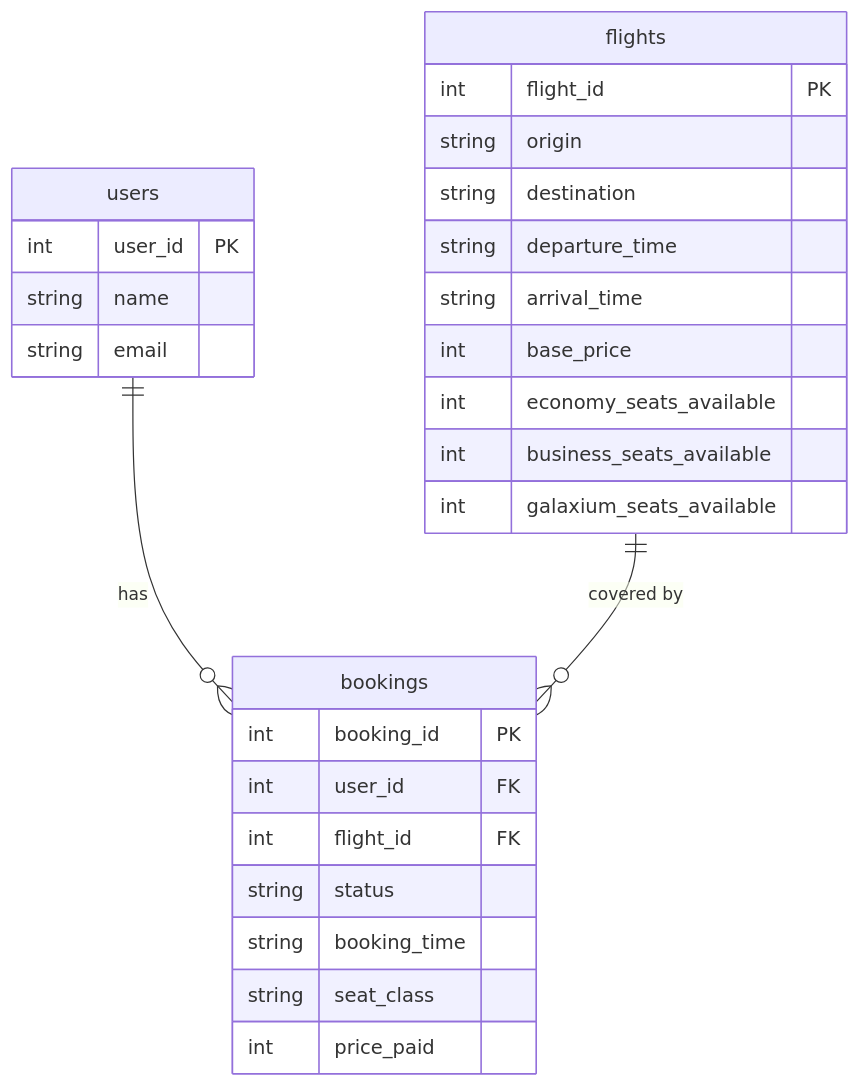
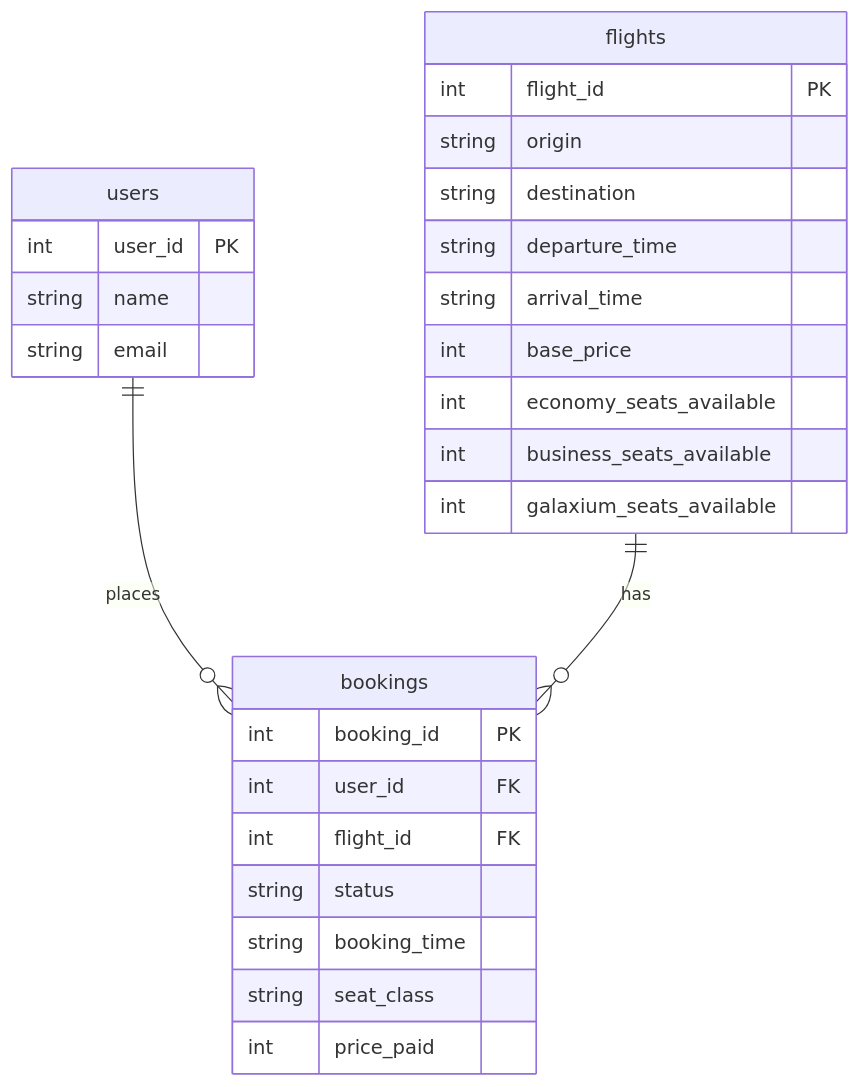
Before and after one commit to saravana-dev71/Onboarding-copilot: the second of 6 diagrams in docs/onboarding/architecture.md, drawn with Mermaid. The commit also changed other lines of this file and 5 other files, not shown here.

````diff
--- a/docs/onboarding/architecture.md
+++ b/docs/onboarding/architecture.md
@@ -85,30 +154,30 @@
 ```mermaid
 erDiagram
     users {
         int user_id PK
         string name
         string email
     }
     flights {
         int flight_id PK
         string origin
         string destination
         string departure_time
         string arrival_time
         int base_price
         int economy_seats_available
         int business_seats_available
         int galaxium_seats_available
     }
     bookings {
         int booking_id PK
         int user_id FK
         int flight_id FK
         string status
         string booking_time
         string seat_class
         int price_paid
     }
-    users ||--o{ bookings : "has"
-    flights ||--o{ bookings : "covered by"
+    users ||--o{ bookings : "places"
+    flights ||--o{ bookings : "has"
 ```
````
